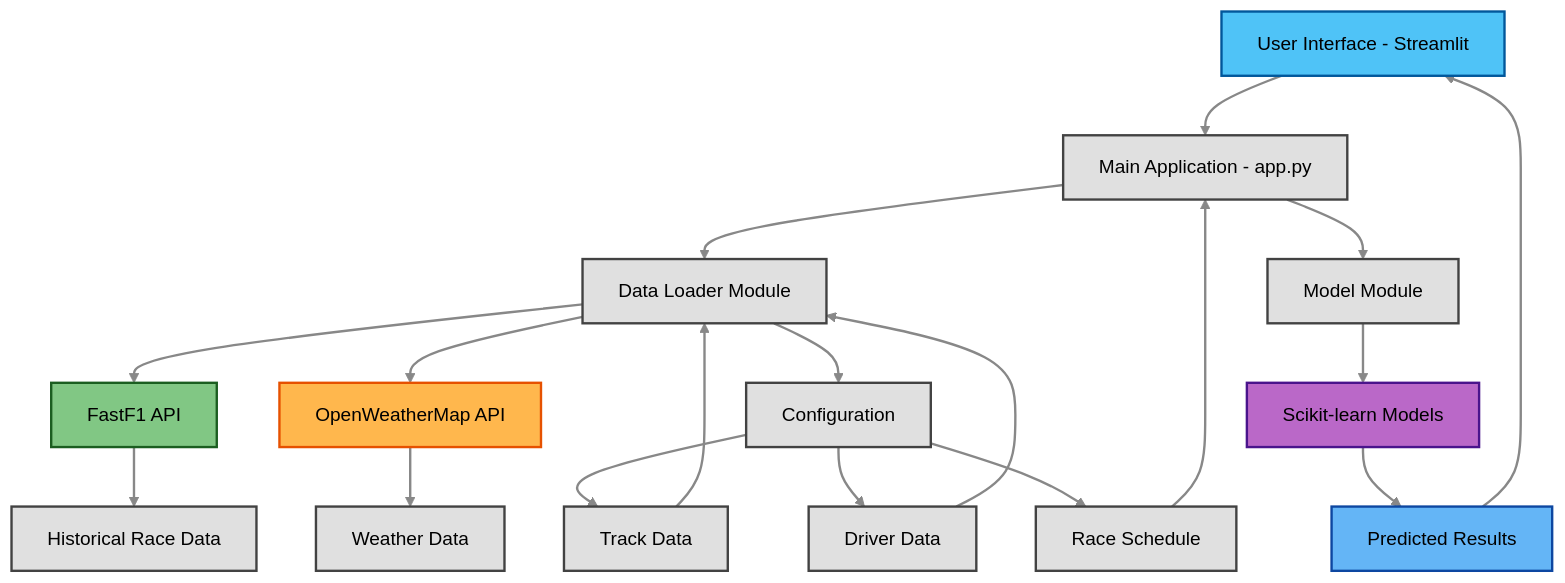
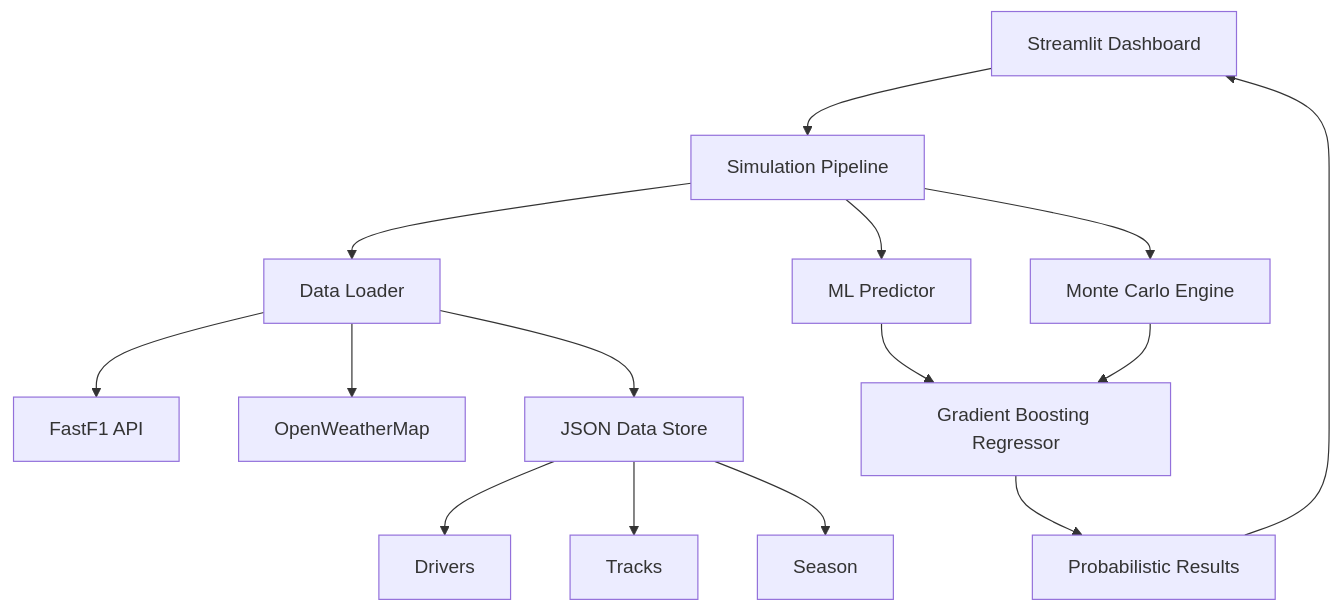
The diagram in README.md (BLShaw/F1-Predictor), drawn with Mermaid before and after one commit. The commit also changed other lines of this file and 11 other files, not shown here.

````diff
--- a/README.md
+++ b/README.md
@@ -26,39 +26,21 @@
 ```mermaid
 graph TD
-    A[User Interface - Streamlit] --> B[Main Application - app.py]
-    B --> C[Data Loader Module]
-    B --> D[Model Module]
-    C --> E[FastF1 API]
-    C --> F[OpenWeatherMap API]
-    D --> G[Scikit-learn Models]
-    C --> H[Configuration]
-    H --> I[Track Data]
-    H --> J[Driver Data]
-    H --> K[Race Schedule]
-    E --> M[Historical Race Data]
-    F --> N[Weather Data]
-    G --> O[Predicted Results]
-    O --> A
-    I --> C
-    J --> C
-    K --> B
+    A[Streamlit Dashboard] --> B[Simulation Pipeline]
+    B --> C[Data Loader]
+    B --> D[ML Predictor]
+    B --> E[Monte Carlo Engine]
     
-    %% High contrast theme-aware colors with visible arrows
-    classDef uiNode fill:#4fc3f7,stroke:#01579b,stroke-width:2px,color:#000
-    classDef apiNode fill:#81c784,stroke:#1b5e20,stroke-width:2px,color:#000
-    classDef weatherNode fill:#ffb74d,stroke:#e65100,stroke-width:2px,color:#000
-    classDef modelNode fill:#ba68c8,stroke:#4a148c,stroke-width:2px,color:#000
-    classDef resultNode fill:#64b5f6,stroke:#0d47a1,stroke-width:2px,color:#000
-    classDef defaultNode fill:#e0e0e0,stroke:#424242,stroke-width:2px,color:#000
+    C --> F[FastF1 API]
+    C --> G[OpenWeatherMap]
+    C --> H[JSON Data Store]
     
-    %% Apply classes
-    class A uiNode
-    class E apiNode
-    class F weatherNode
-    class G modelNode
-    class O resultNode
-    class B,C,D,H,I,J,K,M,N defaultNode
-
-    %% Style for arrows to be visible in both themes
-    linkStyle default stroke:#888,stroke-width:2px
+    H --> I[Drivers]
+    H --> J[Tracks]
+    H --> K[Season]
+    
+    D --> L[Gradient Boosting Regressor]
+    E --> L
+    
+    L --> M[Probabilistic Results]
+    M --> A
 ```
````
